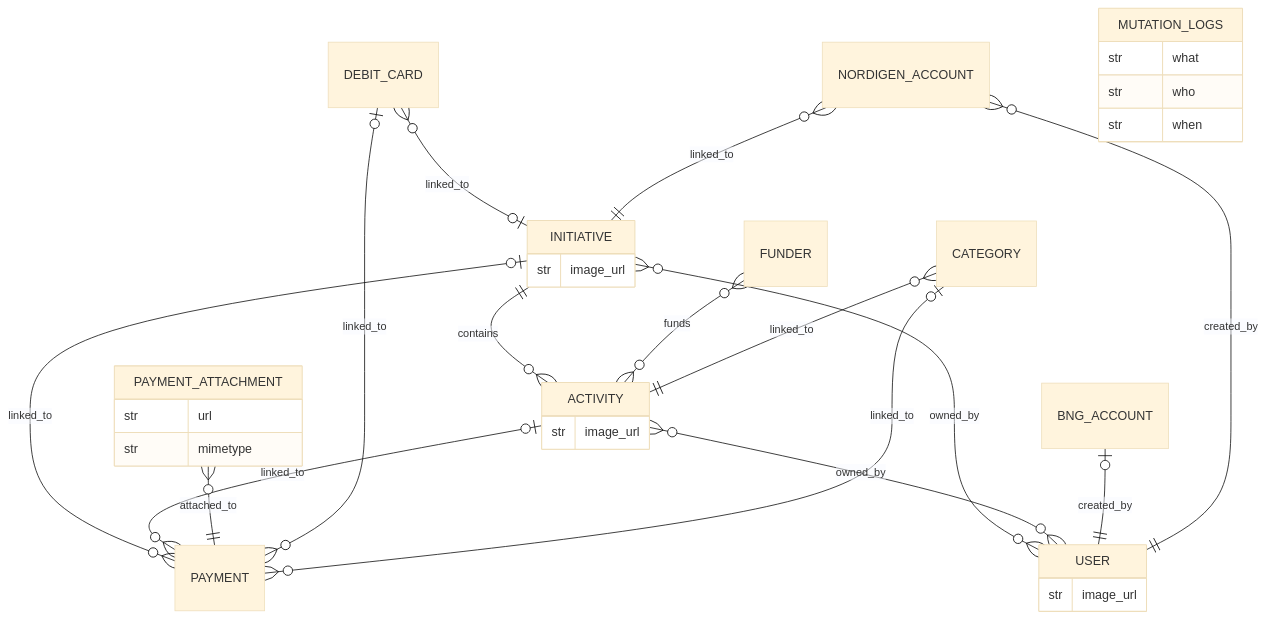
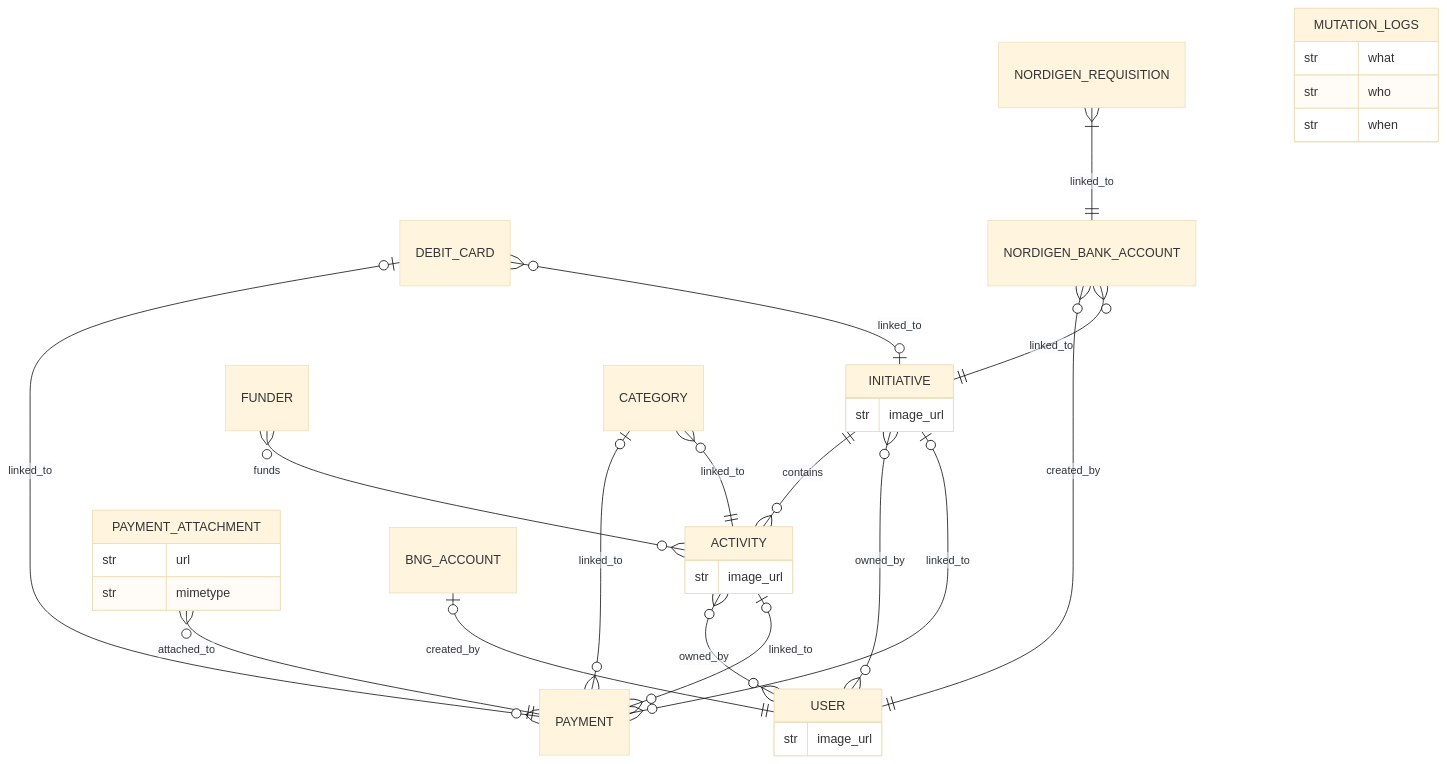
Before and after one commit to Spheer-ai/open-poen-api: the diagram in docs/diagrams.md, drawn with Mermaid (base theme).

Commit message:
Updated the ER diagram.

````diff
--- a/docs/diagrams.md
+++ b/docs/diagrams.md
@@ -3,42 +3,43 @@
 ```mermaid
 erDiagram
     INITIATIVE ||--o{ ACTIVITY : contains
     INITIATIVE }o--o{ USER : owned_by
     %% We import payments from BNG without necessarily assigning them to an initiative.
     INITIATIVE |o--o{ PAYMENT : linked_to
     ACTIVITY }o--o{ USER : owned_by
     %% We import payments from BNG without necessarily assigning them to an initiative.
     ACTIVITY |o--o{ PAYMENT : linked_to
     %% It's not required to set a funder for an activity yet.
     FUNDER }o--o{ ACTIVITY : funds
     PAYMENT_ATTACHMENT }o--|| PAYMENT : attached_to
     BNG_ACCOUNT |o--|| USER : created_by
     DEBIT_CARD |o--o{ PAYMENT : linked_to
     DEBIT_CARD }o--o| INITIATIVE : linked_to
     CATEGORY |o--o{ PAYMENT : linked_to
     %% Should categories be linked to activities? Why?
     %% Related to this: why do we have initiatives -> activities again? What's the reasoning?
     CATEGORY }o--|| ACTIVITY : linked_to
-    NORDIGEN_ACCOUNT }o--|| USER : created_by
-    NORDIGEN_ACCOUNT }o--|| INITIATIVE : linked_to
+    NORDIGEN_BANK_ACCOUNT }o--|| USER : created_by
+    NORDIGEN_BANK_ACCOUNT }o--|| INITIATIVE : linked_to
+    NORDIGEN_REQUISITION }|--|| NORDIGEN_BANK_ACCOUNT : linked_to
 
     INITIATIVE {
         str image_url
     }
     ACTIVITY {
         str image_url
     }
     USER {
         str image_url
     }
     PAYMENT_ATTACHMENT {
         str url
         str mimetype
     }
 
     MUTATION_LOGS {
         str what
         str who
         str when
     }
 ```
````
